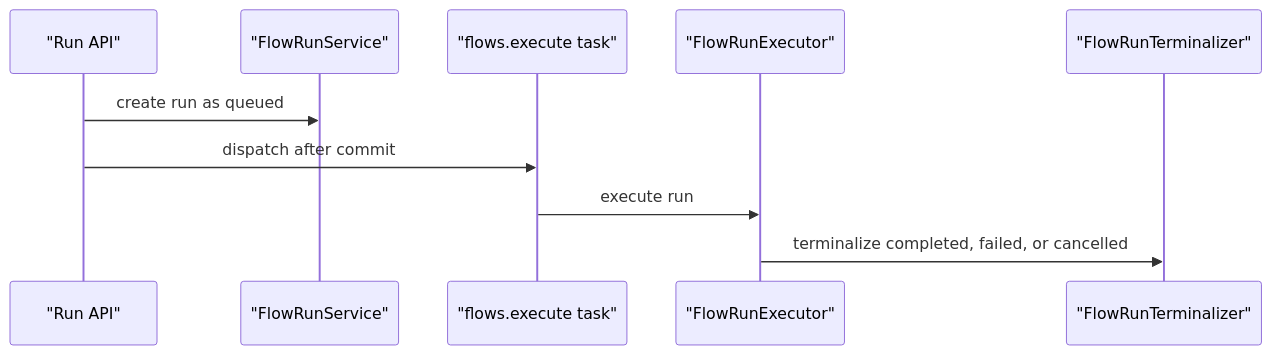
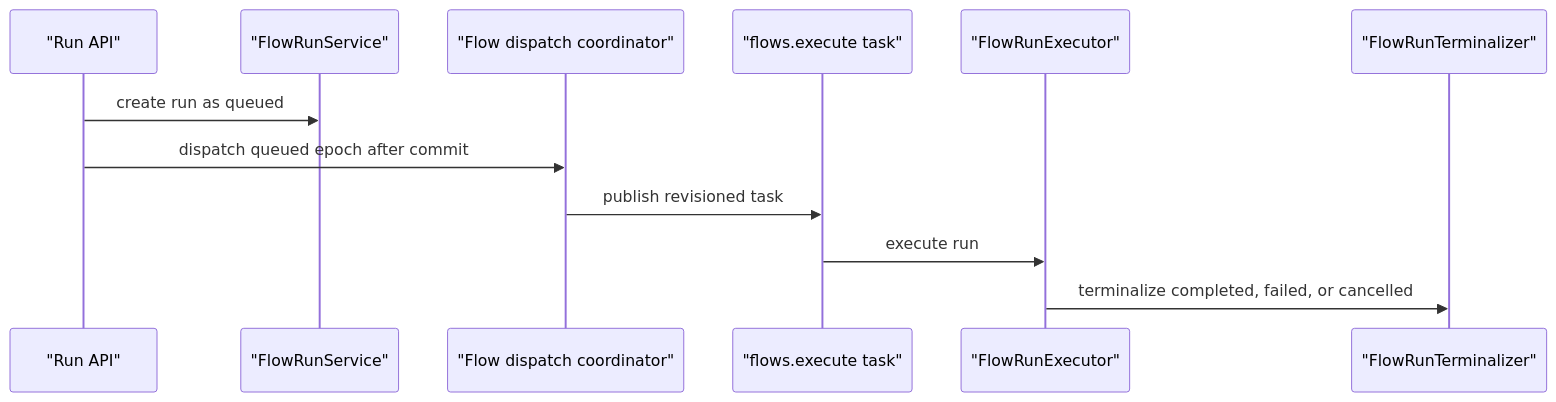
Before and after one commit to eneo-ai/eneo: the fourth of 7 diagrams in frontend/apps/docs-site/src/content/docs/flows-for-developers/run-lifecycle.mdx, drawn with Mermaid. The commit also changed other lines of this file and 10 other files, not shown here.

First line of the commit message:
fix(flows-api): publish truthful dispatch recovery state

````diff
--- a/frontend/apps/docs-site/src/content/docs/flows-for-developers/run-lifecycle.mdx
+++ b/frontend/apps/docs-site/src/content/docs/flows-for-developers/run-lifecycle.mdx
@@ -193,13 +193,15 @@
 ```mermaid
 %%{init: {"themeVariables": {"background": "#f8f6f0", "primaryColor": "#e8ded1", "primaryTextColor": "#242620", "primaryBorderColor": "#6f7b5d", "secondaryColor": "#d7e0d2", "tertiaryColor": "#f1ece4", "lineColor": "#78816f", "edgeLabelBackground": "#f8f6f0", "clusterBkg": "#f4efe7", "clusterBorder": "#9a8a73", "fontFamily": "Inter, ui-sans-serif, system-ui, sans-serif"}}}%%
 sequenceDiagram
   participant API as "Run API"
   participant Service as "FlowRunService"
+  participant Dispatch as "Flow dispatch coordinator"
   participant Worker as "flows.execute task"
   participant Executor as "FlowRunExecutor"
   participant Terminalizer as "FlowRunTerminalizer"
   API->>Service: create run as queued
-  API->>Worker: dispatch after commit
+  API->>Dispatch: dispatch queued epoch after commit
+  Dispatch->>Worker: publish revisioned task
   Worker->>Executor: execute run
   Executor->>Terminalizer: terminalize completed, failed, or cancelled
 ```
````
